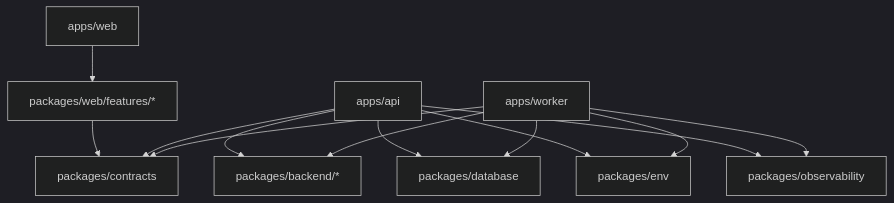
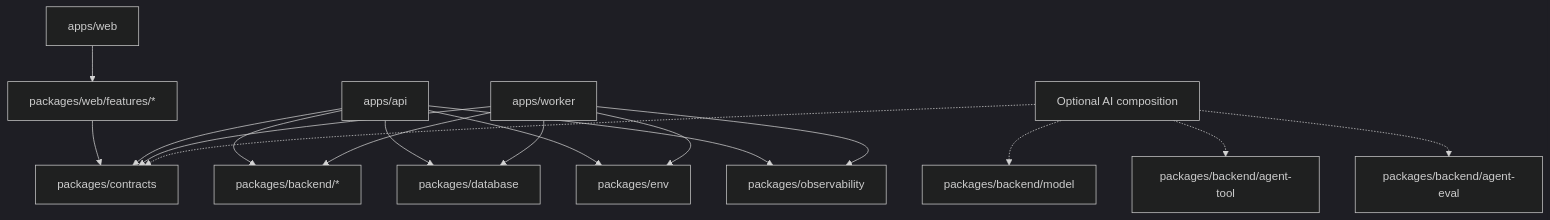
The first of 3 diagrams in wiki/Architecture.md (kaleigh-dem/cookiecutter-agentic-webapp), drawn with Mermaid (dark theme) before and after one commit. The commit also changed other lines of this file, not shown here.

Commit message:
docs: document optional AI architecture

````diff
--- a/wiki/Architecture.md
+++ b/wiki/Architecture.md
@@ -41,15 +41,19 @@
 ```mermaid
 flowchart TB
   WebApp[apps/web] --> WebFeature[packages/web/features/*]
   WebFeature --> Contracts[packages/contracts]
   ApiApp[apps/api] --> Domain[packages/backend/*]
   ApiApp --> Database[packages/database]
   ApiApp --> Contracts
   ApiApp --> Env[packages/env]
   ApiApp --> Obs[packages/observability]
   WorkerApp[apps/worker] --> Domain
   WorkerApp --> Database
   WorkerApp --> Contracts
   WorkerApp --> Env
   WorkerApp --> Obs
+  OptionalAI[Optional AI composition] -.-> Model[packages/backend/model]
+  OptionalAI -.-> Tools[packages/backend/agent-tool]
+  OptionalAI -.-> Eval[packages/backend/agent-eval]
+  OptionalAI -.-> Contracts
 ```
````
